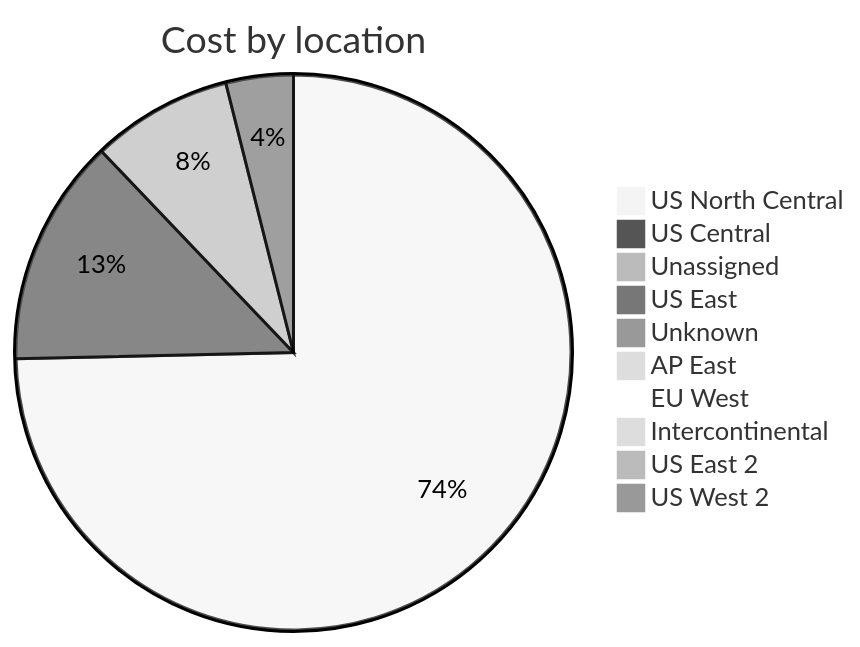
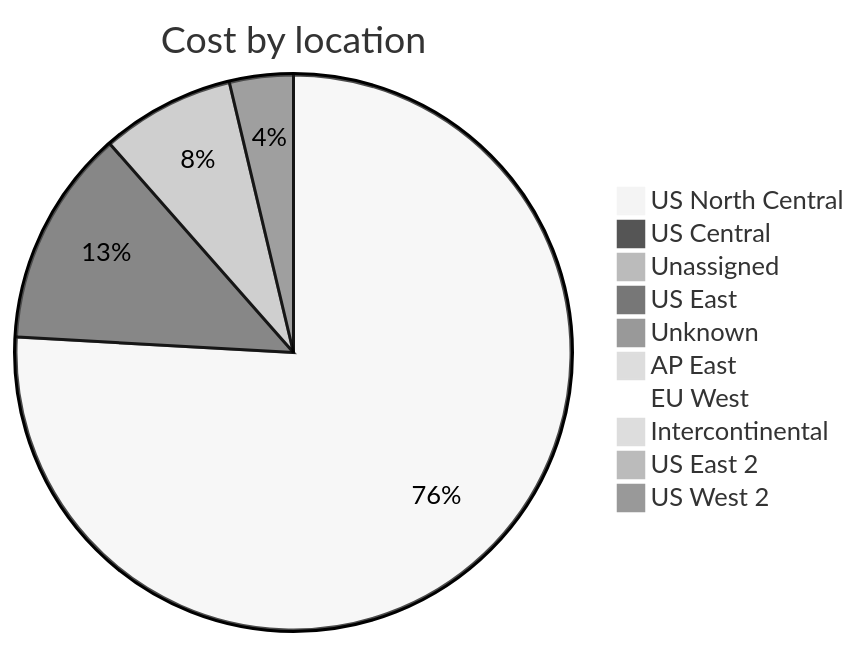
The third of 4 diagrams in cost-reports/accumulated-cost.md (jpfulton/azure-personal-reports), drawn with Mermaid (neutral theme) before and after one commit. The commit also changed other lines of this file and 32 other files, not shown here.

````diff
--- a/cost-reports/accumulated-cost.md
+++ b/cost-reports/accumulated-cost.md
@@ -132,14 +132,14 @@
 ```mermaid
 pie
    title Cost by location
-   "US North Central" : 105.33
-   "US Central" : 18.68
-   "Unassigned" : 11.58
+   "US North Central" : 113.11
+   "US Central" : 18.81
+   "Unassigned" : 11.59
    "US East" : 5.53
-   "Unknown" : 0.65
+   "Unknown" : 0.66
    "AP East" : 0.00
    "EU West" : 0.00
    "Intercontinental" : 0.00
    "US East 2" : 0.00
    "US West 2" : 0.00
 ```
````
